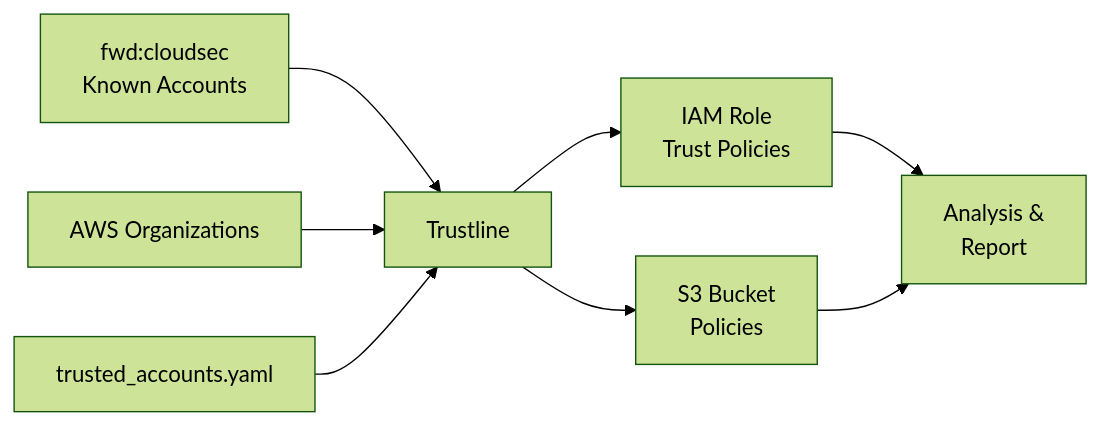
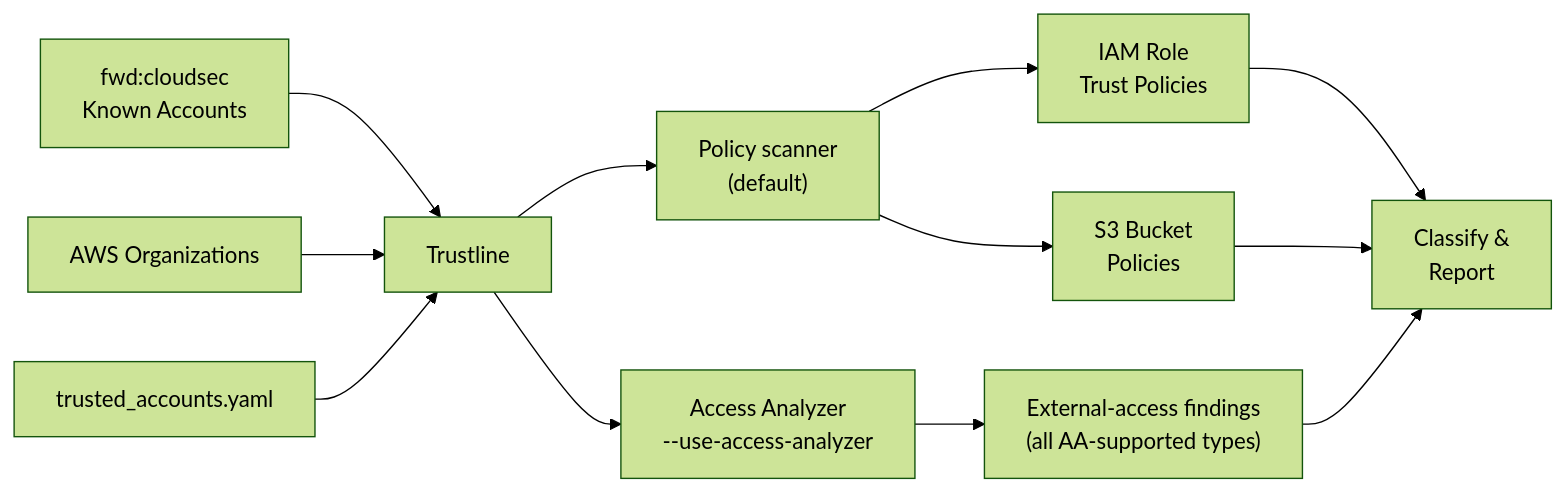
One commit to zoph-io/aws-trustline changed the diagram in README.md. Above: the diagram before and after it, drawn with Mermaid (forest theme). The commit also changed other lines of this file and 9 other files, not shown here.

````diff
--- a/README.md
+++ b/README.md
@@ -20,10 +24,14 @@
 ```mermaid
 flowchart LR
     A["fwd:cloudsec<br/>Known Accounts"] --> D[Trustline]
     B[AWS Organizations] --> D
     C[trusted_accounts.yaml] --> D
-    D --> E["IAM Role<br/>Trust Policies"]
-    D --> F["S3 Bucket<br/>Policies"]
-    E --> G["Analysis &<br/>Report"]
-    F --> G
+    D --> P["Policy scanner<br/>(default)"]
+    D --> AA["Access Analyzer<br/>--use-access-analyzer"]
+    P --> E["IAM Role<br/>Trust Policies"]
+    P --> F["S3 Bucket<br/>Policies"]
+    AA --> G["External-access findings<br/>(all AA-supported types)"]
+    E --> R["Classify &<br/>Report"]
+    F --> R
+    G --> R
 ```
````
